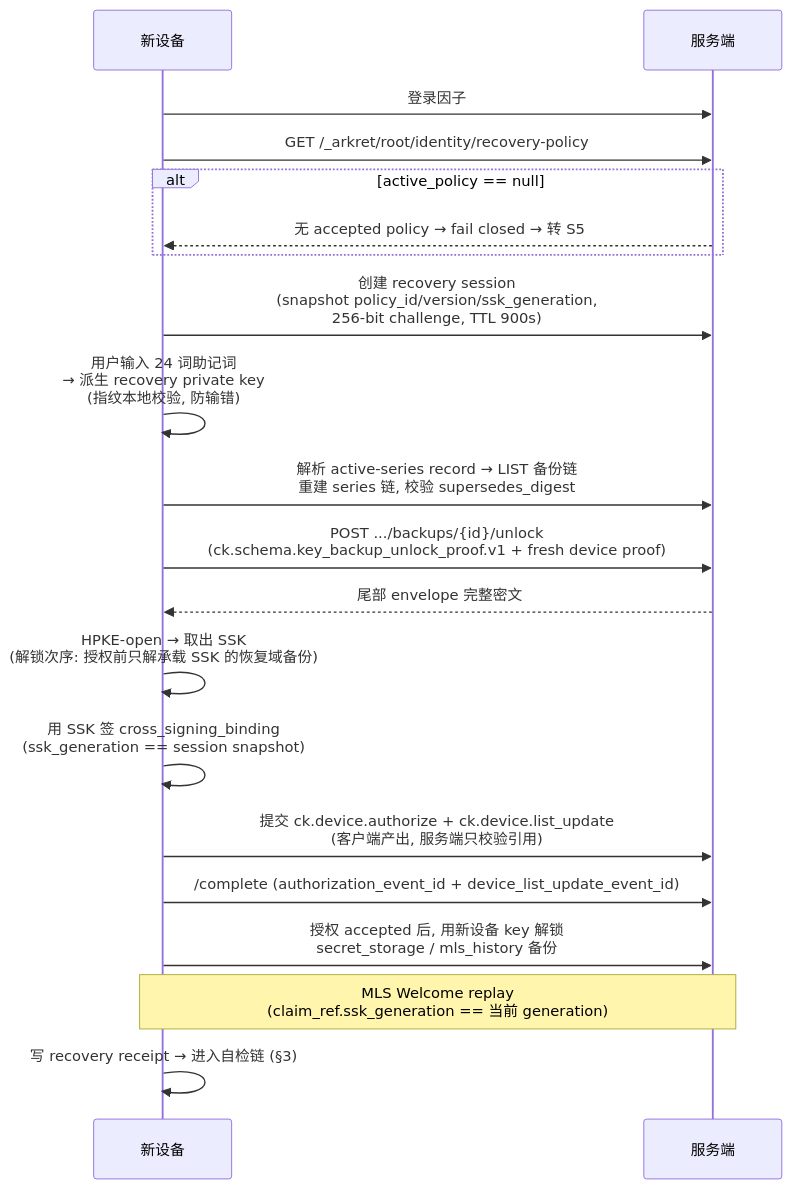
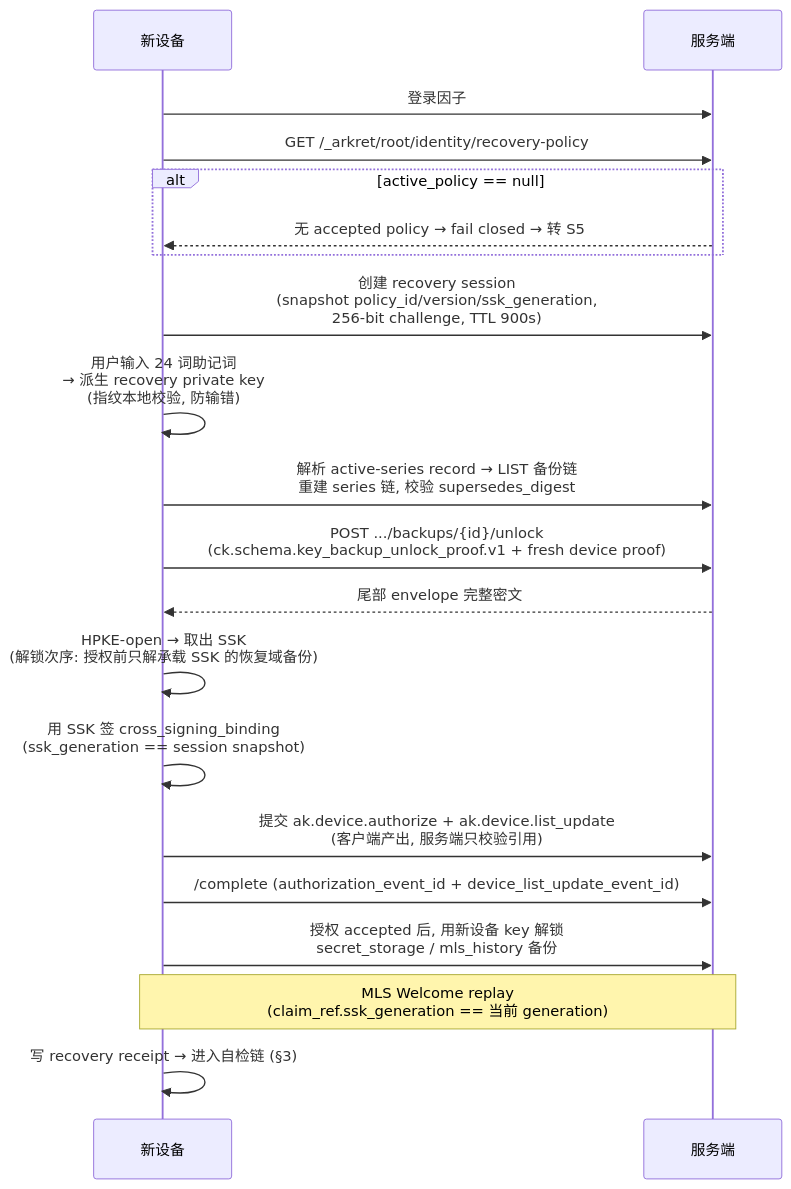
Before and after one commit to arkret-org/inkson: the fourth of 5 diagrams in docs/user-strands-key-lifecycle.md, drawn with Mermaid. The commit also changed other lines of this file and 89 other files, not shown here.

````diff
--- a/docs/user-strands-key-lifecycle.md
+++ b/docs/user-strands-key-lifecycle.md
@@ -169,23 +169,23 @@
 ```mermaid
 sequenceDiagram
     participant N as 新设备
     participant S as 服务端
 
     N->>S: 登录因子
     N->>S: GET /_arkret/root/identity/recovery-policy
     alt active_policy == null
         S-->>N: 无 accepted policy → fail closed → 转 S5
     end
     N->>S: 创建 recovery session<br/>(snapshot policy_id/version/ssk_generation,<br/>256-bit challenge, TTL 900s)
     N->>N: 用户输入 24 词助记词<br/>→ 派生 recovery private key<br/>(指纹本地校验, 防输错)
     N->>S: 解析 active-series record → LIST 备份链<br/>重建 series 链, 校验 supersedes_digest
     N->>S: POST .../backups/{id}/unlock<br/>(ck.schema.key_backup_unlock_proof.v1 + fresh device proof)
     S-->>N: 尾部 envelope 完整密文
     N->>N: HPKE-open → 取出 SSK<br/>(解锁次序: 授权前只解承载 SSK 的恢复域备份)
     N->>N: 用 SSK 签 cross_signing_binding<br/>(ssk_generation == session snapshot)
-    N->>S: 提交 ck.device.authorize + ck.device.list_update<br/>(客户端产出, 服务端只校验引用)
+    N->>S: 提交 ak.device.authorize + ak.device.list_update<br/>(客户端产出, 服务端只校验引用)
     N->>S: /complete (authorization_event_id + device_list_update_event_id)
     N->>S: 授权 accepted 后, 用新设备 key 解锁<br/>secret_storage / mls_history 备份
     Note over N,S: MLS Welcome replay<br/>(claim_ref.ssk_generation == 当前 generation)
     N->>N: 写 recovery receipt → 进入自检链 (§3)
 ```
````
